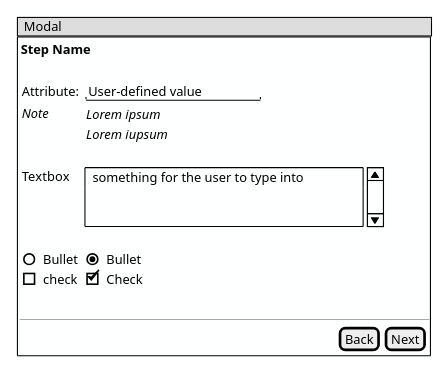
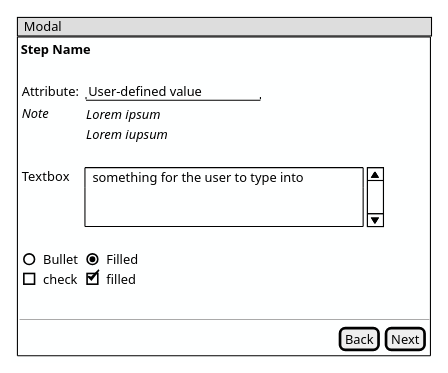
The diagram in puml/modal.puml (pgaljan/dac), drawn with PlantUML before and after one commit. The commit also changed 11 other files, not shown here.

```diff
--- a/puml/modal.puml
+++ b/puml/modal.puml
@@ -1,42 +1,42 @@
 @startsalt
 skinparam backgroundcolor #FEFFFF
 
 {
 {*  Modal}
 {+
 
 {
     { 
       <b>Step Name
             {.}
 
         {
           Attribute:  | "User-defined value  " 
           <i>Note |          {<i>Lorem ipsum 
         <i>Lorem iupsum}
         {.}
         Textbox  |
         {SI
     something for the user to type into
     
                                            
 }
         {.}
         () Bullet| 
-        (X) Bullet
+        (X) Filled
         [ ] check|
-        [X] Check
+        [X] filled
           
 {.}
         {
         }
         } 
         
 
     }
     --
 {                                                 |[Back] | [Next]|}
 }
 }
 }
 @endsalt
```
